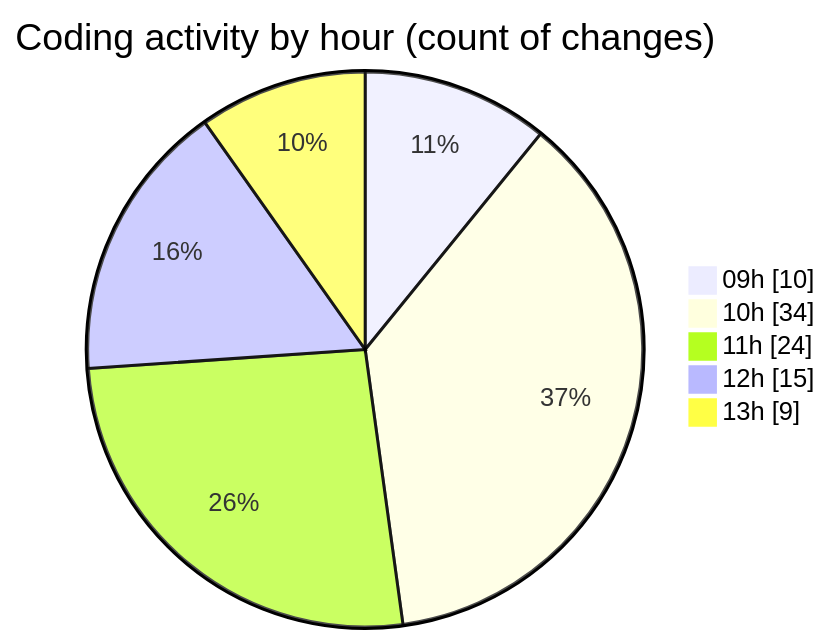
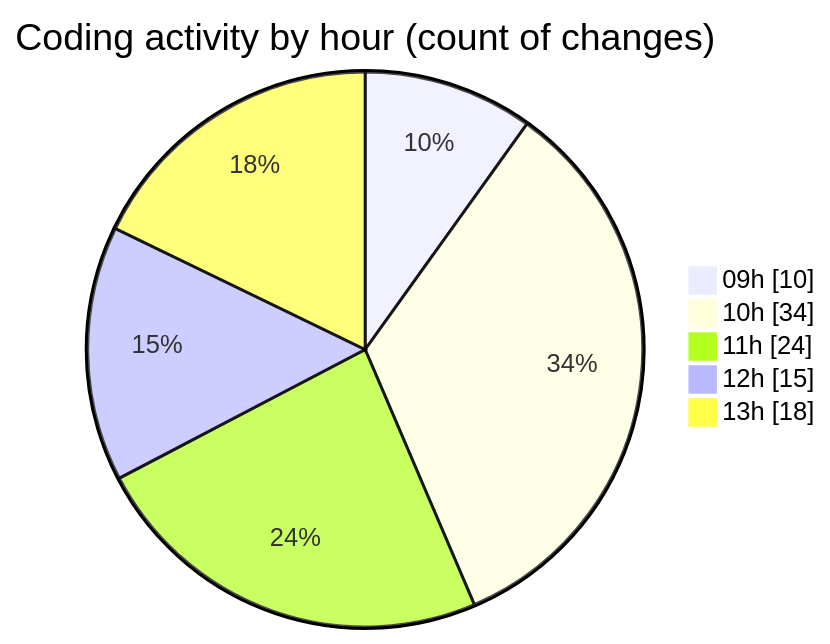
One commit to momahboobian/code-tracking changed the second of 2 diagrams in 2025-09-02/cda/README.md. Above: the diagram before and after it, drawn with Mermaid. The commit also changed other lines of this file and 1 other file, not shown here.

````diff
--- a/2025-09-02/cda/README.md
+++ b/2025-09-02/cda/README.md
@@ -37,9 +38,9 @@
 ```mermaid
 pie showData
 title Coding activity by hour (count of changes)
 "09h" : 10
 "10h" : 34
 "11h" : 24
 "12h" : 15
-"13h" : 9
+"13h" : 18
 ```
````
